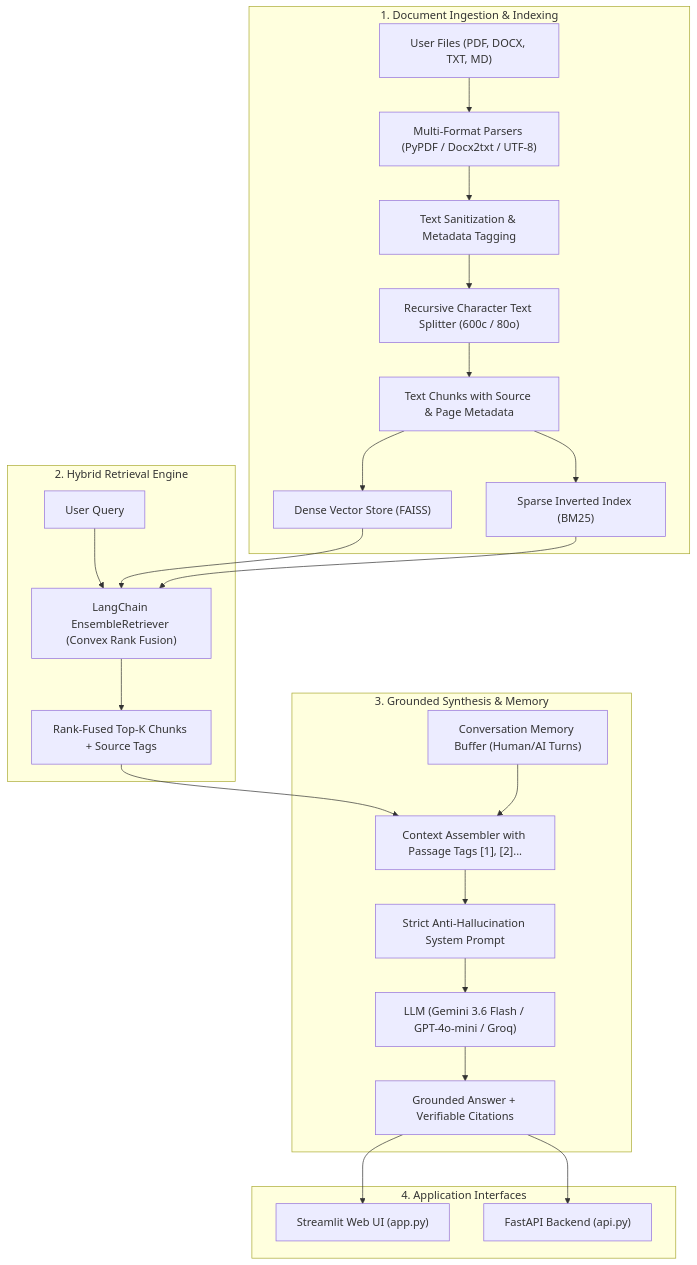
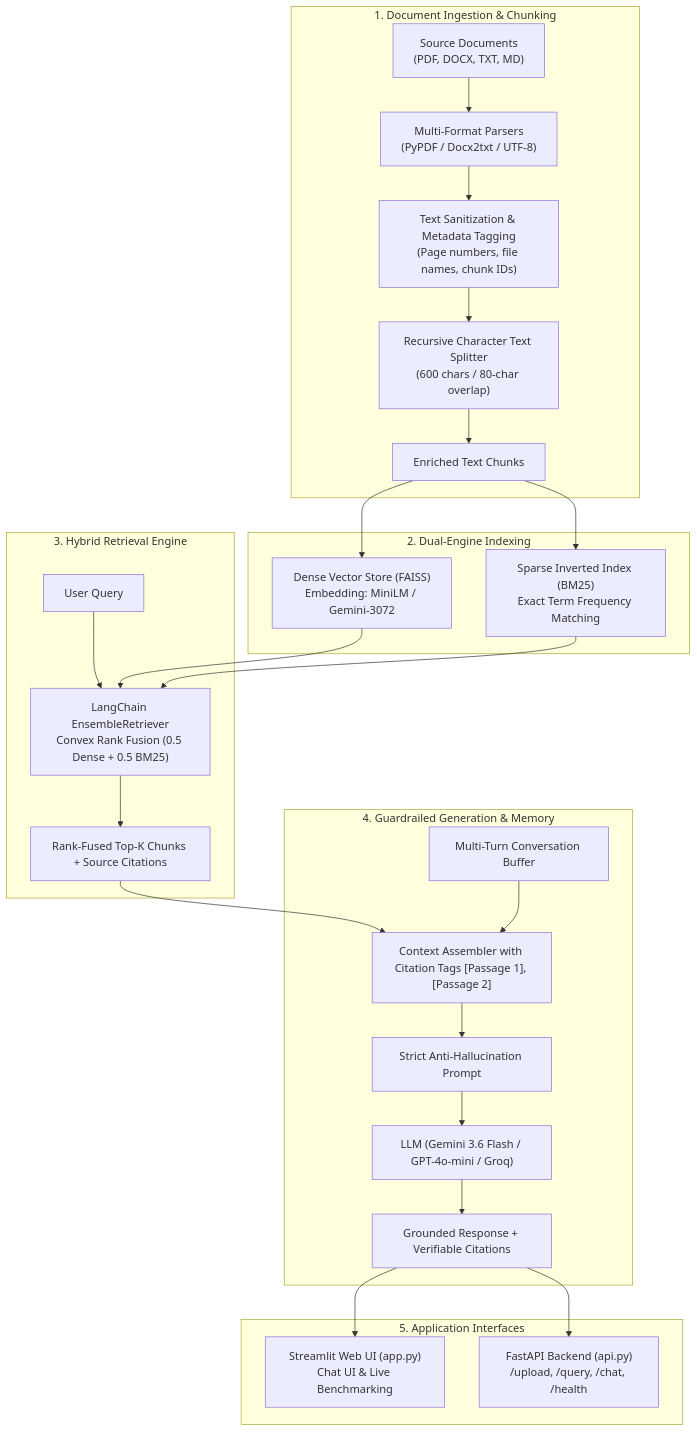
One commit to hemanthmikkie/RAG_LLM_QA changed the diagram in README.md. Above: the diagram before and after it, drawn with Mermaid. The commit also changed other lines of this file, not shown here.

````diff
--- a/README.md
+++ b/README.md
@@ -69,31 +33,34 @@
 ```mermaid
 flowchart TD
-    subgraph Ingestion ["1. Document Ingestion & Indexing"]
-        Docs["User Files (PDF, DOCX, TXT, MD)"] --> Loaders["Multi-Format Parsers (PyPDF / Docx2txt / UTF-8)"]
-        Loaders --> TextClean["Text Sanitization & Metadata Tagging"]
-        TextClean --> Chunking["Recursive Character Text Splitter (600c / 80o)"]
-        Chunking --> Chunks["Text Chunks with Source & Page Metadata"]
-        Chunks --> DenseFAISS["Dense Vector Store (FAISS)"]
-        Chunks --> SparseBM25["Sparse Inverted Index (BM25)"]
+    subgraph Ingestion ["1. Document Ingestion & Chunking"]
+        Docs["Source Documents\n(PDF, DOCX, TXT, MD)"] --> Loaders["Multi-Format Parsers\n(PyPDF / Docx2txt / UTF-8)"]
+        Loaders --> TextClean["Text Sanitization & Metadata Tagging\n(Page numbers, file names, chunk IDs)"]
+        TextClean --> Chunking["Recursive Character Text Splitter\n(600 chars / 80-char overlap)"]
+        Chunking --> Chunks["Enriched Text Chunks"]
     end
 
-    subgraph HybridEngine ["2. Hybrid Retrieval Engine"]
-        Query["User Query"] --> Ensemble["LangChain EnsembleRetriever (Convex Rank Fusion)"]
+    subgraph Indexing ["2. Dual-Engine Indexing"]
+        Chunks --> DenseFAISS["Dense Vector Store (FAISS)\nEmbedding: MiniLM / Gemini-3072"]
+        Chunks --> SparseBM25["Sparse Inverted Index (BM25)\nExact Term Frequency Matching"]
+    end
+
+    subgraph HybridRetrieval ["3. Hybrid Retrieval Engine"]
+        Query["User Query"] --> Ensemble["LangChain EnsembleRetriever\nConvex Rank Fusion (0.5 Dense + 0.5 BM25)"]
         DenseFAISS --> Ensemble
         SparseBM25 --> Ensemble
-        Ensemble --> TopK["Rank-Fused Top-K Chunks + Source Tags"]
+        Ensemble --> TopK["Rank-Fused Top-K Chunks + Source Citations"]
     end
 
-    subgraph LLMGeneration ["3. Grounded Synthesis & Memory"]
-        TopK --> PromptContext["Context Assembler with Passage Tags [1], [2]..."]
-        ChatHistory["Conversation Memory Buffer (Human/AI Turns)"] --> PromptContext
-        PromptContext --> StrictPrompt["Strict Anti-Hallucination System Prompt"]
-        StrictPrompt --> LLM["LLM (Gemini 3.6 Flash / GPT-4o-mini / Groq)"]
-        LLM --> Output["Grounded Answer + Verifiable Citations"]
+    subgraph Synthesis ["4. Guardrailed Generation & Memory"]
+        TopK --> ContextAssembler["Context Assembler with Citation Tags [Passage 1], [Passage 2]"]
+        Memory["Multi-Turn Conversation Buffer"] --> ContextAssembler
+        ContextAssembler --> PromptTemplate["Strict Anti-Hallucination Prompt"]
+        PromptTemplate --> LLM["LLM (Gemini 3.6 Flash / GPT-4o-mini / Groq)"]
+        LLM --> FinalOutput["Grounded Response + Verifiable Citations"]
     end
 
-    subgraph Delivery ["4. Application Interfaces"]
-        Output --> WebApp["Streamlit Web UI (app.py)"]
-        Output --> RESTApi["FastAPI Backend (api.py)"]
+    subgraph Delivery ["5. Application Interfaces"]
+        FinalOutput --> StreamlitApp["Streamlit Web UI (app.py)\nChat UI & Live Benchmarking"]
+        FinalOutput --> RESTApi["FastAPI Backend (api.py)\n/upload, /query, /chat, /health"]
     end
 ```
````
